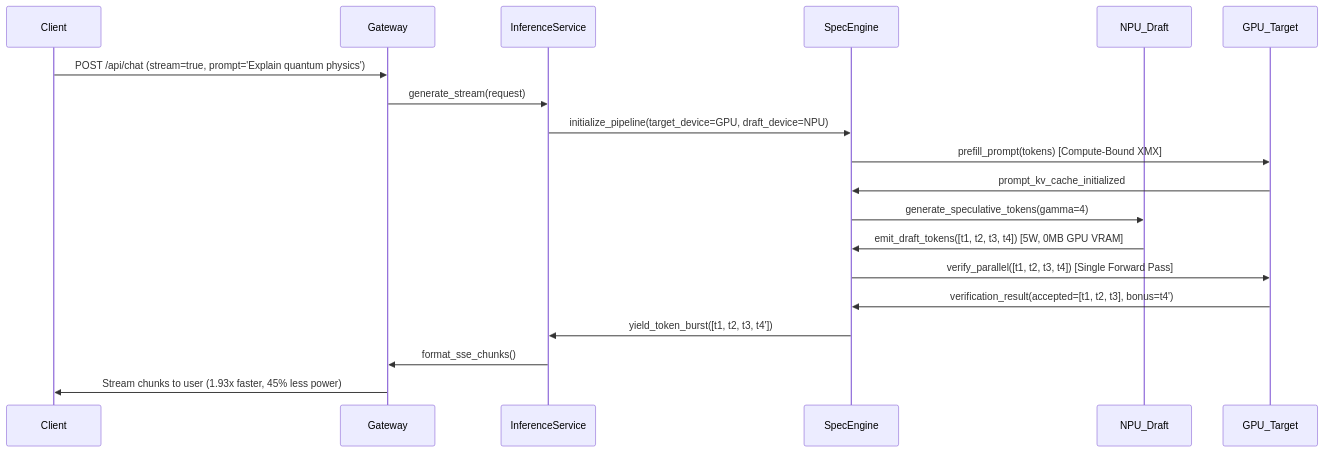
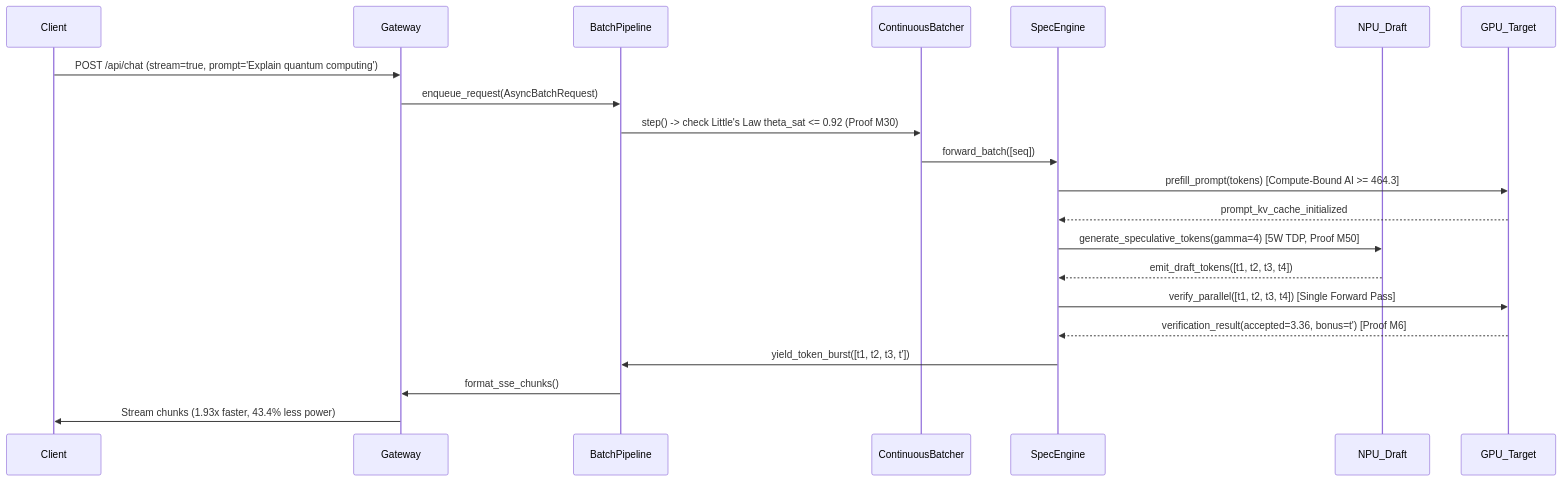
One commit to techdeveloper-org/intel-arc-models-runner changed the second of 4 diagrams in docs/diagrams/README.md. Above: the diagram before and after it, drawn with Mermaid. The commit also changed other lines of this file and 27 other files, not shown here.

First line of the commit message:
docs(arch): synchronize 13-diagram SDLC architecture suite and Draw.io models with mathematical proofs (fixes #22)

````diff
--- a/docs/diagrams/README.md
+++ b/docs/diagrams/README.md
@@ -52,21 +67,23 @@
 ```mermaid
 sequenceDiagram
     participant Client
     participant Gateway
-    participant InferenceService
+    participant BatchPipeline
+    participant ContinuousBatcher
     participant SpecEngine
     participant NPU_Draft
     participant GPU_Target
-    Client->>Gateway: POST /api/chat (stream=true, prompt='Explain quantum physics')
-    Gateway->>InferenceService: generate_stream(request)
-    InferenceService->>SpecEngine: initialize_pipeline(target_device=GPU, draft_device=NPU)
-    SpecEngine->>GPU_Target: prefill_prompt(tokens) [Compute-Bound XMX]
-    GPU_Target->>SpecEngine: prompt_kv_cache_initialized
-    SpecEngine->>NPU_Draft: generate_speculative_tokens(gamma=4)
-    NPU_Draft->>SpecEngine: emit_draft_tokens([t1, t2, t3, t4]) [5W, 0MB GPU VRAM]
+    Client->>Gateway: POST /api/chat (stream=true, prompt='Explain quantum computing')
+    Gateway->>BatchPipeline: enqueue_request(AsyncBatchRequest)
+    BatchPipeline->>ContinuousBatcher: step() -> check Little's Law theta_sat <= 0.92 (Proof M30)
+    ContinuousBatcher->>SpecEngine: forward_batch([seq])
+    SpecEngine->>GPU_Target: prefill_prompt(tokens) [Compute-Bound AI >= 464.3]
+    GPU_Target-->>SpecEngine: prompt_kv_cache_initialized
+    SpecEngine->>NPU_Draft: generate_speculative_tokens(gamma=4) [5W TDP, Proof M50]
+    NPU_Draft-->>SpecEngine: emit_draft_tokens([t1, t2, t3, t4])
     SpecEngine->>GPU_Target: verify_parallel([t1, t2, t3, t4]) [Single Forward Pass]
-    GPU_Target->>SpecEngine: verification_result(accepted=[t1, t2, t3], bonus=t4')
-    SpecEngine->>InferenceService: yield_token_burst([t1, t2, t3, t4'])
-    InferenceService->>Gateway: format_sse_chunks()
-    Gateway->>Client: Stream chunks to user (1.93x faster, 45% less power)
+    GPU_Target-->>SpecEngine: verification_result(accepted=3.36, bonus=t') [Proof M6]
+    SpecEngine->>BatchPipeline: yield_token_burst([t1, t2, t3, t'])
+    BatchPipeline->>Gateway: format_sse_chunks()
+    Gateway->>Client: Stream chunks (1.93x faster, 43.4% less power)
 ```
````
